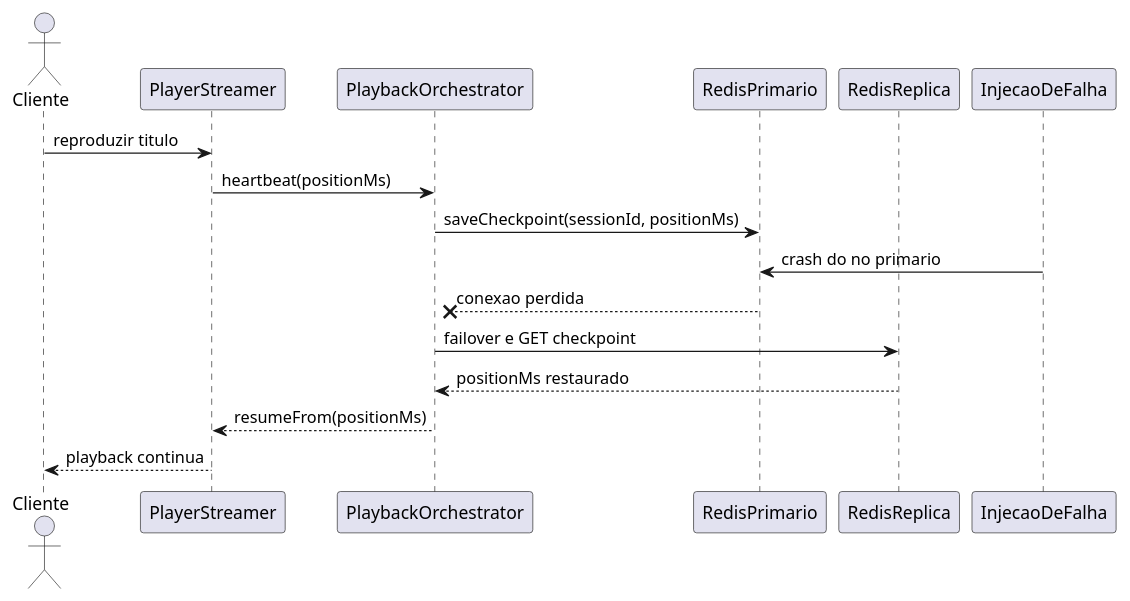
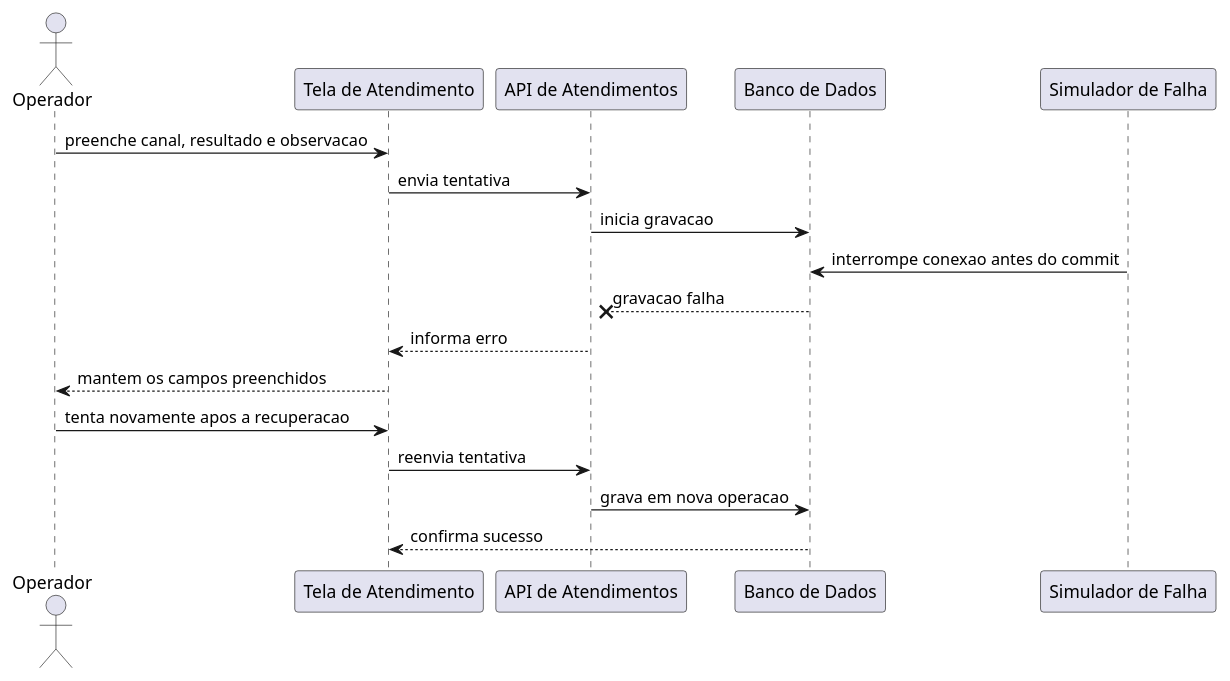
The diagram in diagramas/4.1-recuperacao.puml (DiogoBAguiar/atividade-testes-software), drawn with PlantUML before and after one commit. The commit also changed 37 other files, not shown here.

```diff
--- a/diagramas/4.1-recuperacao.puml
+++ b/diagramas/4.1-recuperacao.puml
@@ -1,18 +1,19 @@
 @startuml
-actor Cliente
-participant PlayerStreamer
-participant PlaybackOrchestrator
-participant RedisPrimario
-participant RedisReplica
-participant InjecaoDeFalha
+actor Operador
+participant "Tela de Atendimento" as Tela
+participant "API de Atendimentos" as Api
+participant "Banco de Dados" as Banco
+participant "Simulador de Falha" as Falha
 
-Cliente -> PlayerStreamer : reproduzir titulo
-PlayerStreamer -> PlaybackOrchestrator : heartbeat(positionMs)
-PlaybackOrchestrator -> RedisPrimario : saveCheckpoint(sessionId, positionMs)
-InjecaoDeFalha -> RedisPrimario : crash do no primario
-RedisPrimario --x PlaybackOrchestrator : conexao perdida
-PlaybackOrchestrator -> RedisReplica : failover e GET checkpoint
-RedisReplica --> PlaybackOrchestrator : positionMs restaurado
-PlaybackOrchestrator --> PlayerStreamer : resumeFrom(positionMs)
-PlayerStreamer --> Cliente : playback continua
+Operador -> Tela : preenche canal, resultado e observacao
+Tela -> Api : envia tentativa
+Api -> Banco : inicia gravacao
+Falha -> Banco : interrompe conexao antes do commit
+Banco --x Api : gravacao falha
+Api --> Tela : informa erro
+Tela --> Operador : mantem os campos preenchidos
+Operador -> Tela : tenta novamente apos a recuperacao
+Tela -> Api : reenvia tentativa
+Api -> Banco : grava em nova operacao
+Banco --> Tela : confirma sucesso
 @enduml
```
